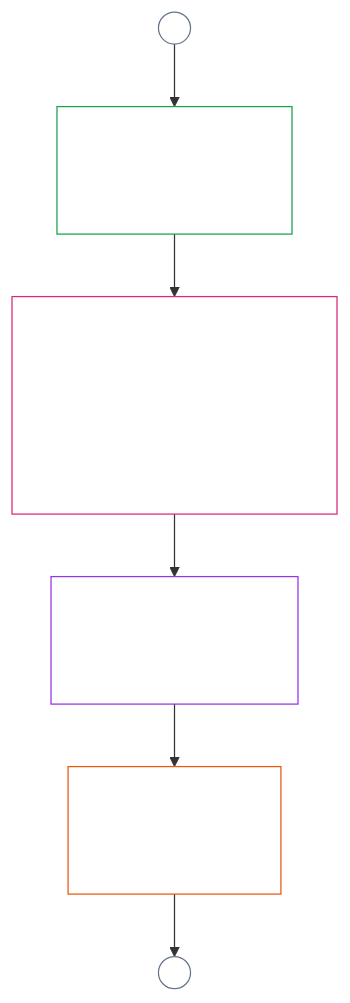
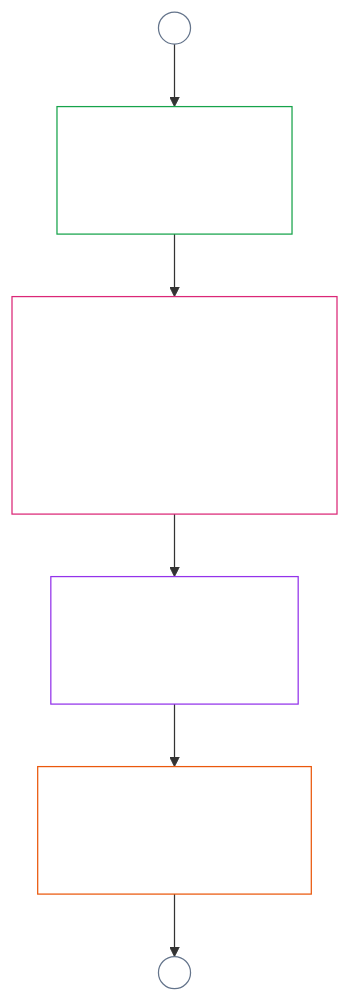
Before and after one commit to kfoelsch/Sentient_Constitution: the diagram in implementation/PROCESS_PIPELINES_READER.md, drawn with Mermaid. The commit also changed other lines of this file and 469 other files, not shown here.

First line of the commit message:
restructure: final chapter structure, Parts only in Chapters 1, 5 and 6; chapters 0-28 (492nd move)

````diff
--- a/implementation/PROCESS_PIPELINES_READER.md
+++ b/implementation/PROCESS_PIPELINES_READER.md
@@ -22,14 +22,14 @@
 ```mermaid
 flowchart TB
-  C[Certify the system<br/><br/>Chapter Nine] --> S[Measure help and harm<br/><br/>two tracks, never one net score<br/>Chapters Eleven and Twelve]
+  C[Certify the system<br/><br/>Chapter Nine] --> S[Measure help and harm<br/><br/>two tracks, never one net score<br/>Chapters Fifteen and Sixteen]
   A0((A)) --> C
-  S --> E[Effects and remedy<br/><br/>Chapter Thirteen]
-  E --> F[Forum families<br/><br/>Chapter Fifteen]
+  S --> E[Effects and remedy<br/><br/>Chapter Seventeen]
+  E --> F[Forum families<br/><br/>Chapter Twenty-Three]
   F --> A1((A))
   style C fill:none,stroke:#16a34a,color:#ffffff
   style S fill:none,stroke:#db2777,color:#ffffff
   style E fill:none,stroke:#9333ea,color:#ffffff
   style F fill:none,stroke:#ea580c,color:#ffffff
   style A0 fill:none,stroke:#64748b,color:#ffffff
   style A1 fill:none,stroke:#64748b,color:#ffffff
 ```
````
